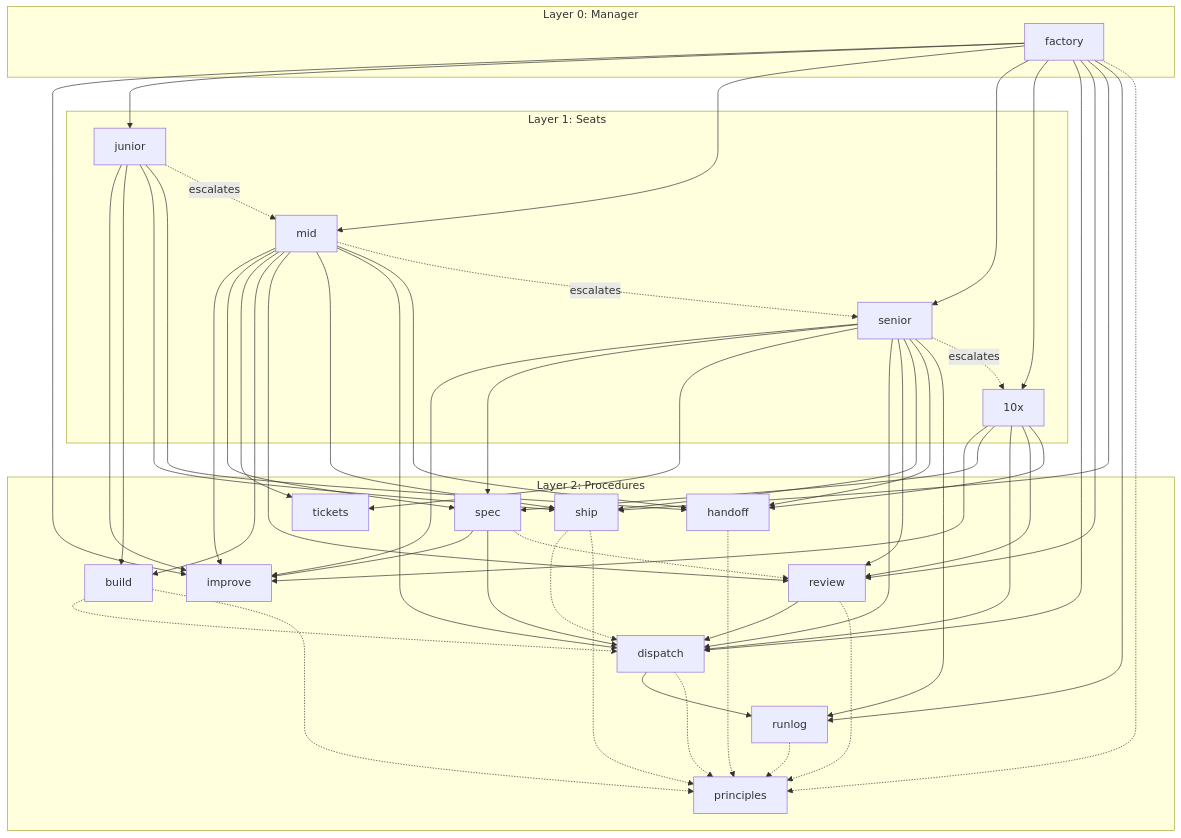
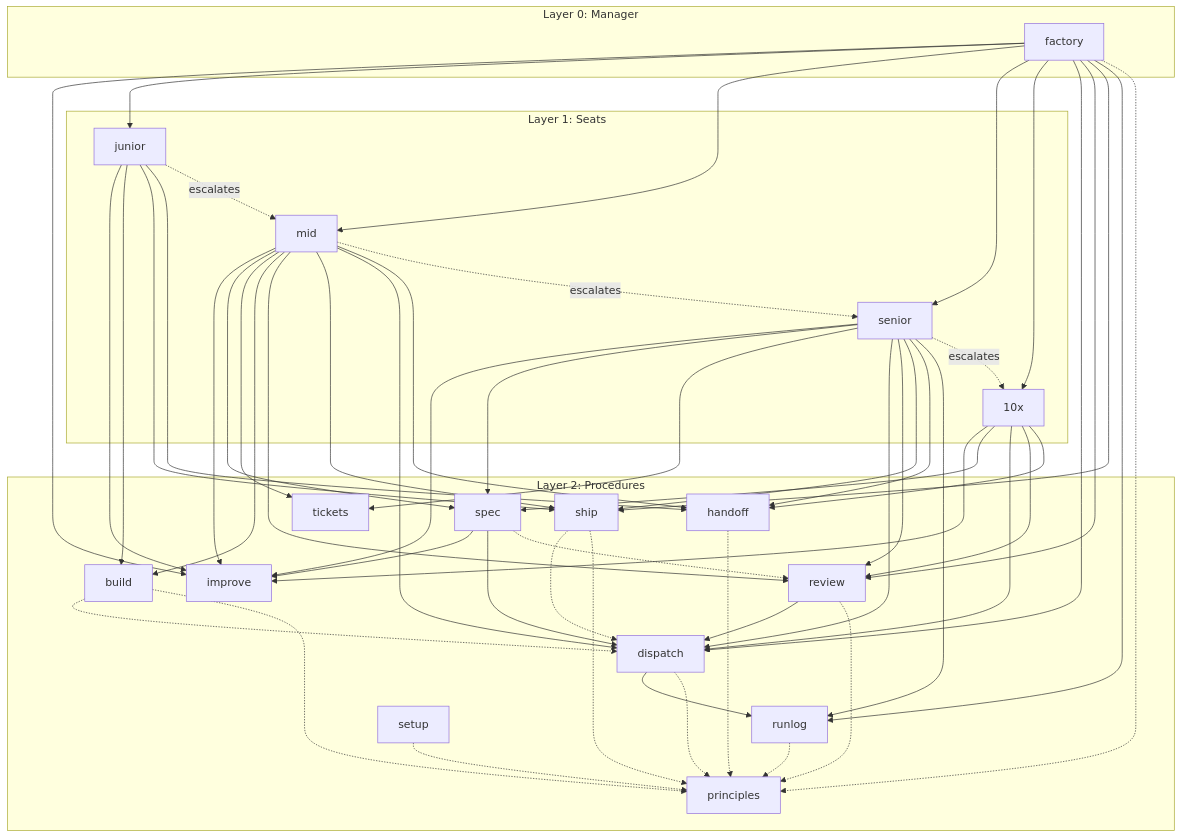
The diagram in docs/skill-graph.md (rishi23root/agent-skills), drawn with Mermaid before and after one commit. The commit also changed other lines of this file and 13 other files, not shown here.

````diff
--- a/docs/skill-graph.md
+++ b/docs/skill-graph.md
@@ -7,75 +7,77 @@
 ```mermaid
 flowchart TD
   subgraph L0["Layer 0: Manager"]
     s_factory["factory"]
   end
   subgraph L1["Layer 1: Seats"]
     s_10x["10x"]
     s_junior["junior"]
     s_mid["mid"]
     s_senior["senior"]
   end
   subgraph L2["Layer 2: Procedures"]
     s_build["build"]
     s_dispatch["dispatch"]
     s_handoff["handoff"]
     s_improve["improve"]
     s_principles["principles"]
     s_review["review"]
     s_runlog["runlog"]
+    s_setup["setup"]
     s_ship["ship"]
     s_spec["spec"]
     s_tickets["tickets"]
   end
   s_factory --> s_improve
   s_factory --> s_junior
   s_factory --> s_mid
   s_factory --> s_senior
   s_factory --> s_10x
   s_factory --> s_dispatch
   s_factory --> s_review
   s_factory --> s_ship
   s_factory --> s_runlog
   s_10x --> s_improve
   s_10x --> s_spec
   s_10x --> s_dispatch
   s_10x --> s_review
   s_10x --> s_handoff
   s_junior --> s_improve
   s_junior --> s_build
   s_junior --> s_ship
   s_junior --> s_handoff
   s_mid --> s_improve
   s_mid --> s_spec
   s_mid --> s_tickets
   s_mid --> s_build
   s_mid --> s_review
   s_mid --> s_ship
   s_mid --> s_dispatch
   s_mid --> s_handoff
   s_senior --> s_improve
   s_senior --> s_spec
   s_senior --> s_tickets
   s_senior --> s_dispatch
   s_senior --> s_review
   s_senior --> s_ship
   s_senior --> s_handoff
   s_senior --> s_runlog
   s_dispatch --> s_runlog
   s_review --> s_dispatch
   s_spec --> s_improve
   s_spec --> s_dispatch
   s_factory -.-> s_principles
   s_build -.-> s_dispatch
   s_build -.-> s_principles
   s_dispatch -.-> s_principles
   s_handoff -.-> s_principles
   s_review -.-> s_principles
   s_runlog -.-> s_principles
+  s_setup -.-> s_principles
   s_ship -.-> s_dispatch
   s_ship -.-> s_principles
   s_spec -.-> s_review
   s_junior -. escalates .-> s_mid
   s_mid -. escalates .-> s_senior
   s_senior -. escalates .-> s_10x
 ```
````
